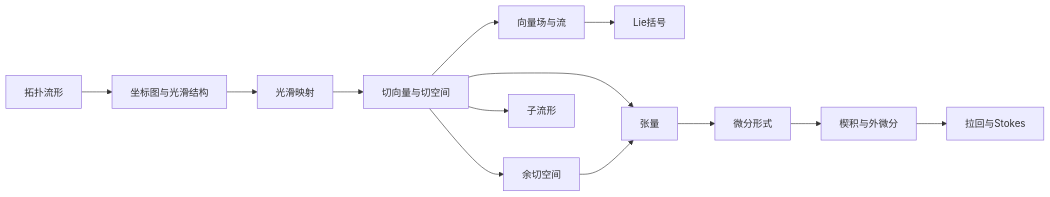
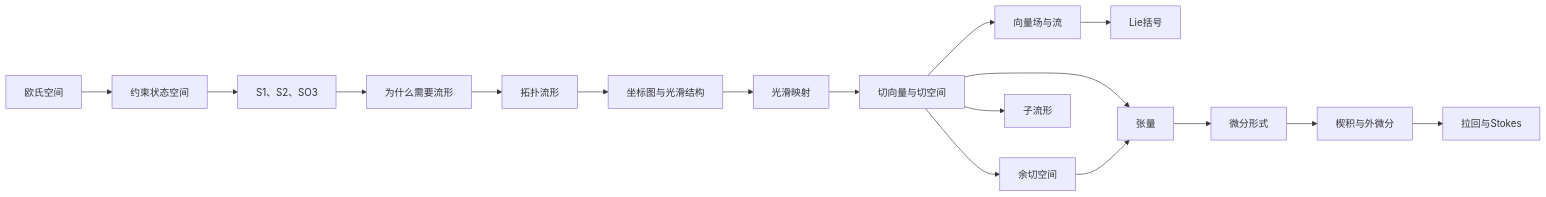
The diagram in 10 Maps/流形与微分几何 MOC.md (kangbeicai/math-knowledge-vault), drawn with Mermaid before and after one commit. The commit also changed other lines of this file and 11 other files, not shown here.

````diff
--- a/10 Maps/流形与微分几何 MOC.md
+++ b/10 Maps/流形与微分几何 MOC.md
@@ -19,15 +19,19 @@
 ```mermaid
 flowchart LR
-    A[拓扑流形] --> B[坐标图与光滑结构]
-    B --> C[光滑映射]
-    C --> D[切向量与切空间]
-    D --> E[向量场与流]
-    E --> F[Lie括号]
-    D --> G[余切空间]
-    D --> H[张量]
-    G --> H
-    H --> I[微分形式]
-    I --> J[楔积与外微分]
-    J --> K[拉回与Stokes]
-    D --> L[子流形]
+    A[欧氏空间] --> B[约束状态空间]
+    B --> C[S1、S2、SO3]
+    C --> D[为什么需要流形]
+    D --> E[拓扑流形]
+    E --> F[坐标图与光滑结构]
+    F --> G[光滑映射]
+    G --> H[切向量与切空间]
+    H --> I[向量场与流]
+    I --> J[Lie括号]
+    H --> K[余切空间]
+    H --> L[张量]
+    K --> L
+    L --> M[微分形式]
+    M --> N[楔积与外微分]
+    N --> O[拉回与Stokes]
+    H --> P[子流形]
 ```
````
